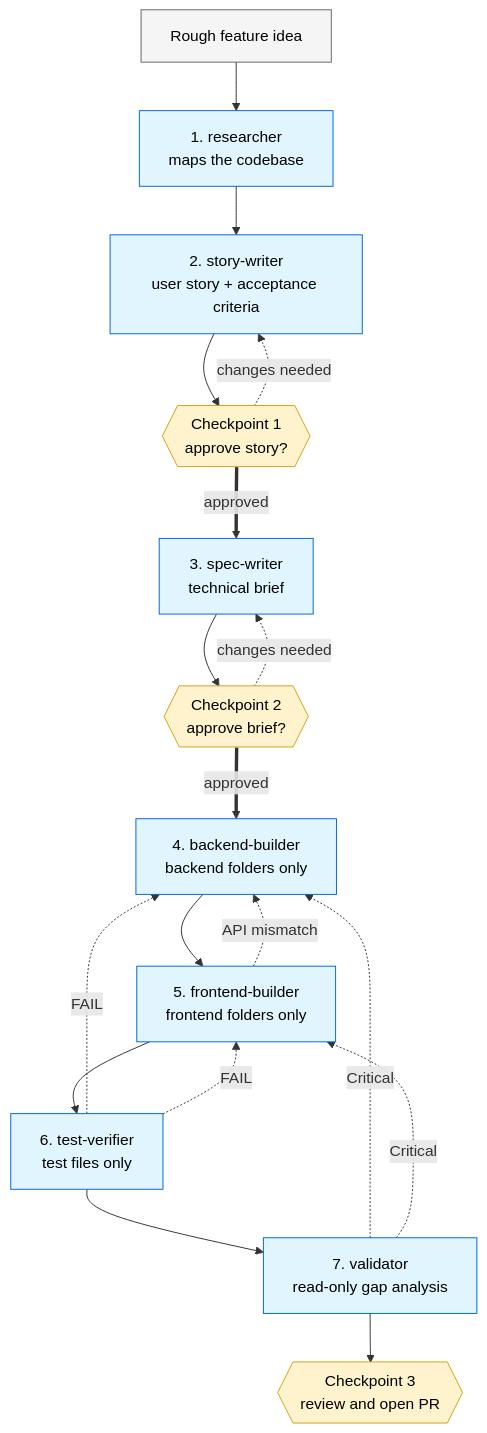
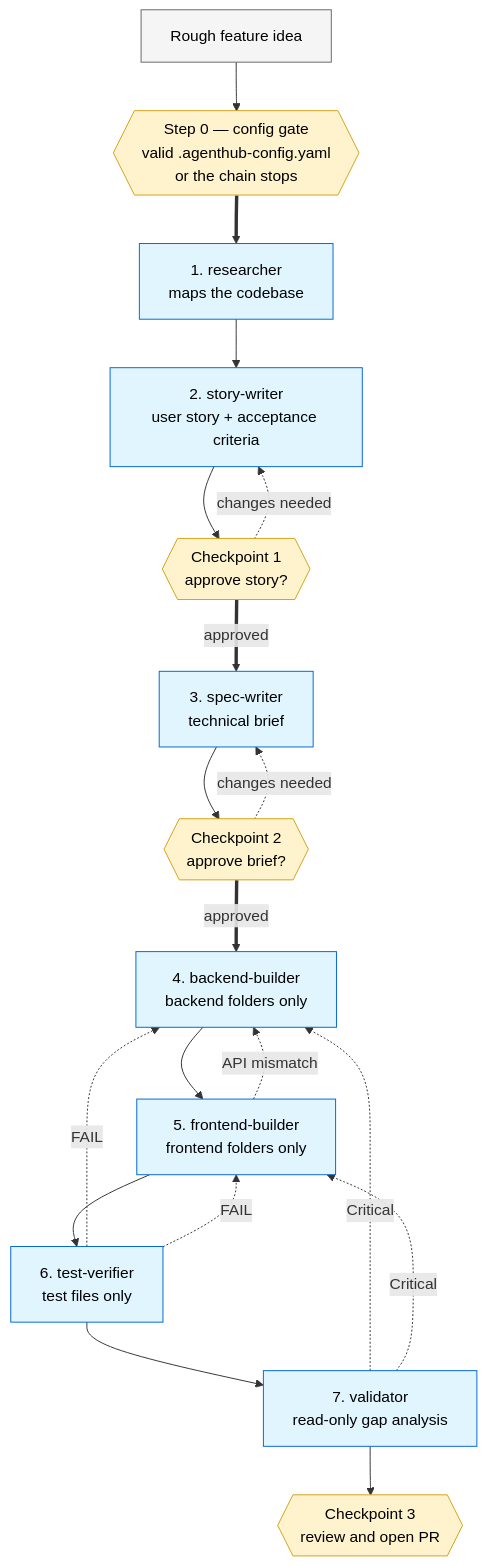
One commit to kpassoubady/agent-hub changed the diagram in README.md. Above: the diagram before and after it, drawn with Mermaid. The commit also changed other lines of this file and 39 other files, not shown here.

````diff
--- a/README.md
+++ b/README.md
@@ -40,34 +42,36 @@
 ```mermaid
 flowchart TD
     Idea[Rough feature idea]
-    Idea --> R[1. researcher<br/>maps the codebase]
+    Idea --> G0{{"Step 0 — config gate<br/>valid .agenthub-config.yaml<br/>or the chain stops"}}
+    G0 ==> R[1. researcher<br/>maps the codebase]
     R --> SW[2. story-writer<br/>user story + acceptance criteria]
     SW --> CP1{{Checkpoint 1<br/>approve story?}}
     CP1 -.->|changes needed| SW
     CP1 ==>|approved| SP[3. spec-writer<br/>technical brief]
     SP --> CP2{{Checkpoint 2<br/>approve brief?}}
     CP2 -.->|changes needed| SP
     CP2 ==>|approved| BE[4. backend-builder<br/>backend folders only]
     BE --> FE[5. frontend-builder<br/>frontend folders only]
     FE --> TV[6. test-verifier<br/>test files only]
     TV --> V[7. validator<br/>read-only gap analysis]
     V --> CP3{{Checkpoint 3<br/>review and open PR}}
 
     TV -.->|FAIL| BE
     TV -.->|FAIL| FE
     V -.->|Critical| BE
     V -.->|Critical| FE
     FE -.->|API mismatch| BE
 
+    style G0 fill:#fff3cd,stroke:#d4a017,color:#000
     style Idea fill:#f5f5f5,stroke:#666,color:#000
     style R fill:#e1f5ff,stroke:#0366d6,color:#000
     style SW fill:#e1f5ff,stroke:#0366d6,color:#000
     style SP fill:#e1f5ff,stroke:#0366d6,color:#000
     style BE fill:#e1f5ff,stroke:#0366d6,color:#000
     style FE fill:#e1f5ff,stroke:#0366d6,color:#000
     style TV fill:#e1f5ff,stroke:#0366d6,color:#000
     style V fill:#e1f5ff,stroke:#0366d6,color:#000
     style CP1 fill:#fff3cd,stroke:#d4a017,color:#000
     style CP2 fill:#fff3cd,stroke:#d4a017,color:#000
     style CP3 fill:#fff3cd,stroke:#d4a017,color:#000
 ```
````
